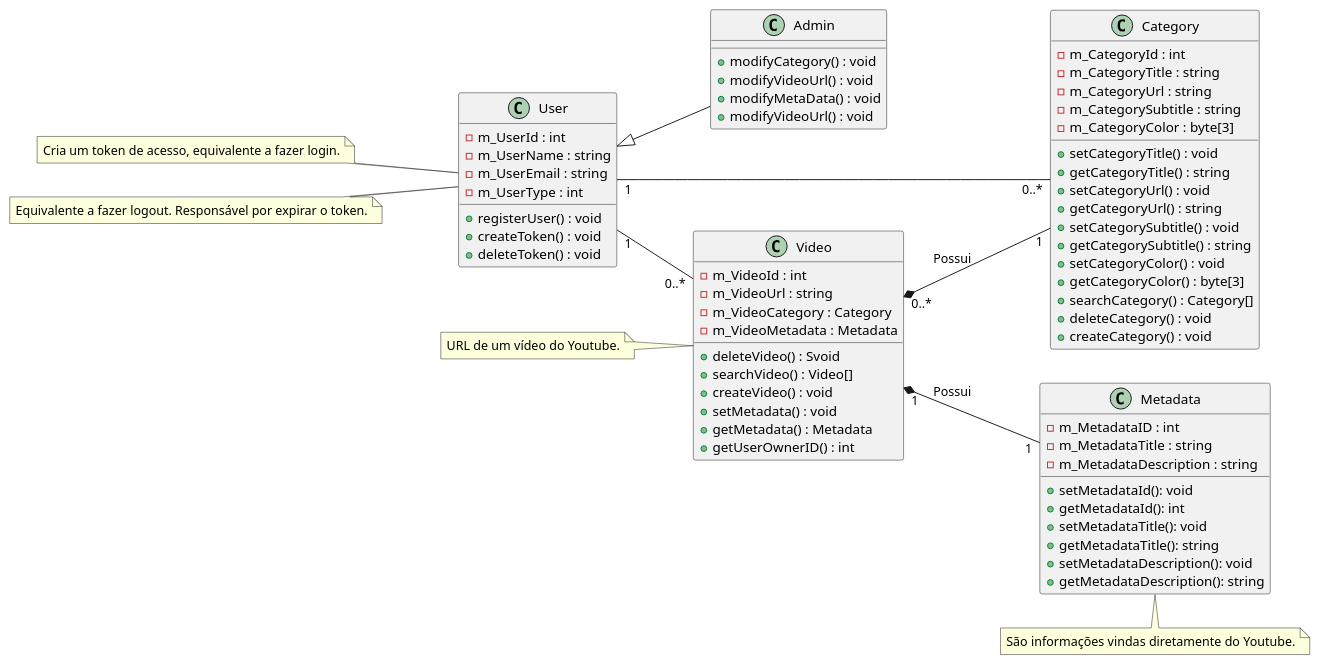
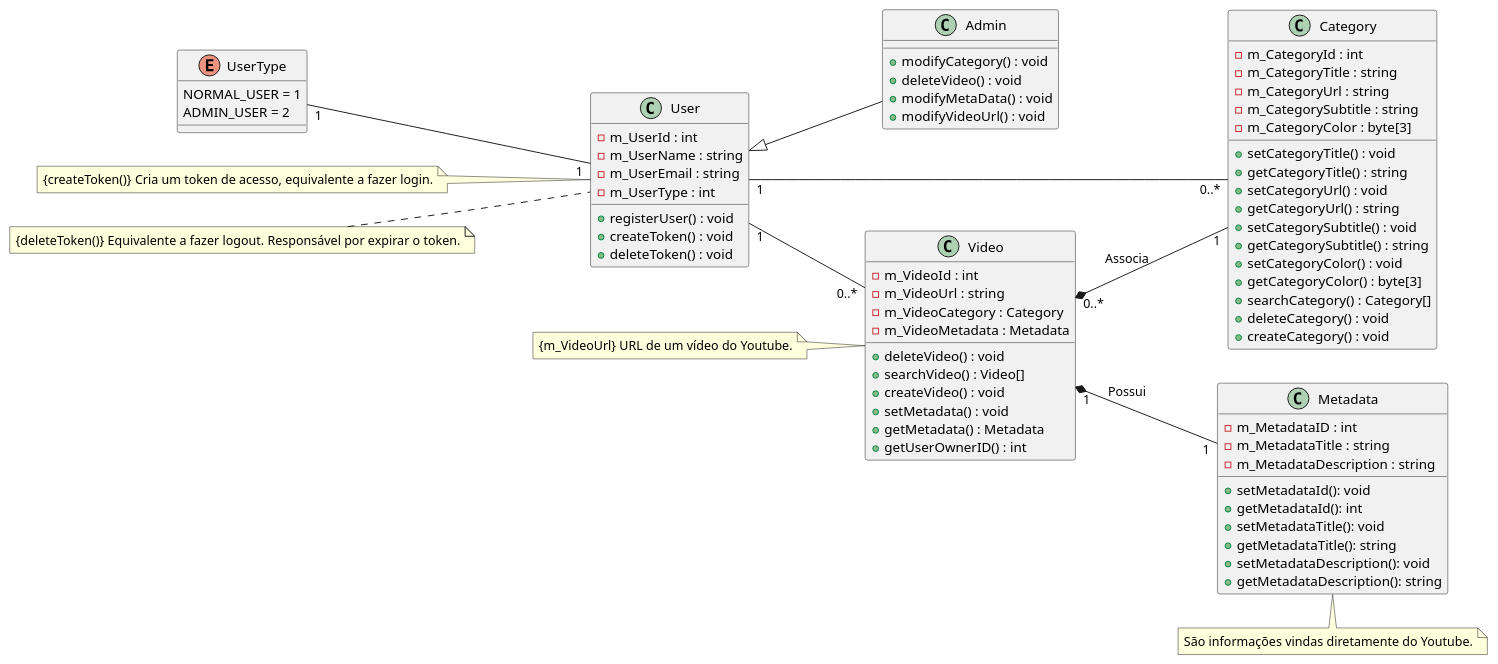
Before and after one commit to MurylloEx/DevFlix-PSW: the diagram in Artefatos/Diagramas/Classes/Diagrama_Classe_Devflix.puml, drawn with PlantUML. The commit also changed 7 other files, not shown here.

Commit message:
Correções no diagrama

```diff
--- a/Artefatos/Diagramas/Classes/Diagrama_Classe_Devflix.puml
+++ b/Artefatos/Diagramas/Classes/Diagrama_Classe_Devflix.puml
@@ -1,78 +1,84 @@
 @startuml
 
 left to right direction
 
 class User {
     -m_UserId : int
     -m_UserName : string
     -m_UserEmail : string
     -m_UserType : int
     +registerUser() : void
     +createToken() : void
     +deleteToken() : void
-    
 }
 
 class Admin {
     +modifyCategory() : void
-    +modifyVideoUrl() : void
+    +deleteVideo() : void
     +modifyMetaData() : void
     +modifyVideoUrl() : void
 }
 
 class Category {
     -m_CategoryId : int
     -m_CategoryTitle : string
     -m_CategoryUrl : string
     -m_CategorySubtitle : string
     -m_CategoryColor : byte[3]
     +setCategoryTitle() : void
     +getCategoryTitle() : string
     +setCategoryUrl() : void
     +getCategoryUrl() : string
     +setCategorySubtitle() : void
     +getCategorySubtitle() : string
     +setCategoryColor() : void
     +getCategoryColor() : byte[3]
     +searchCategory() : Category[]
     +deleteCategory() : void
     +createCategory() : void
 }
 
 class Video {
     -m_VideoId : int
     -m_VideoUrl : string
     -m_VideoCategory : Category
     -m_VideoMetadata : Metadata
-    +deleteVideo() : Svoid
+    +deleteVideo() : void
     +searchVideo() : Video[]
     +createVideo() : void
     +setMetadata() : void
     +getMetadata() : Metadata
     +getUserOwnerID() : int
 }
 class Metadata{
     -m_MetadataID : int
     -m_MetadataTitle : string
     -m_MetadataDescription : string
     +setMetadataId(): void
     +getMetadataId(): int
     +setMetadataTitle(): void
     +getMetadataTitle(): string
     +setMetadataDescription(): void
     +getMetadataDescription(): string
 }
+
+enum UserType {
+    NORMAL_USER = 1
+    ADMIN_USER = 2
+}
+
+User "1"-up-"1" UserType
 User "1"--"0..*" Category
 User "1"--"0..*" Video
 User <|-- Admin
 Video "1"*--"1" Metadata : Possui
-Video "0..*"*--"1" Category : Possui
+Video "0..*"*--"1" Category : Associa
 
-note left of User : Cria um token de acesso, equivalente a fazer login.
-note left of User : Equivalente a fazer logout. Responsável por expirar o token.
+note left of User : {createToken()} Cria um token de acesso, equivalente a fazer login.
+note left of User : {deleteToken()} Equivalente a fazer logout. Responsável por expirar o token.
 
-note left of Video : URL de um vídeo do Youtube.
+note left of Video : {m_VideoUrl} URL de um vídeo do Youtube.
 
 note bottom of Metadata : São informações vindas diretamente do Youtube.
 
 @endtuml
```
